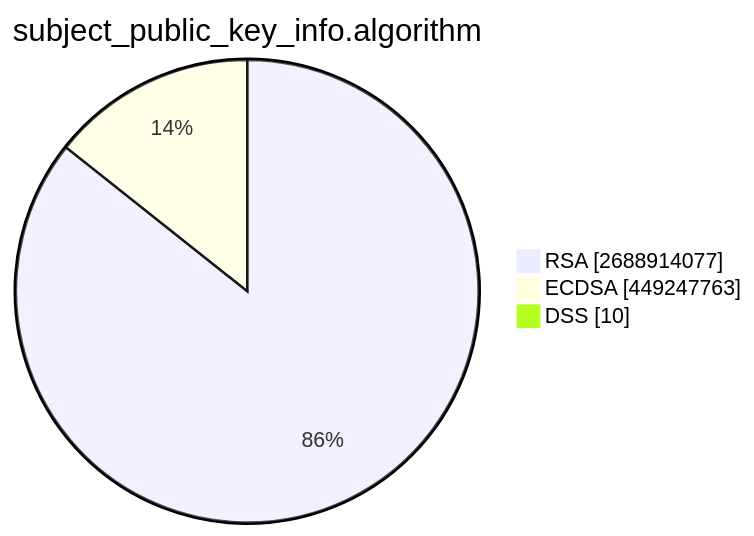
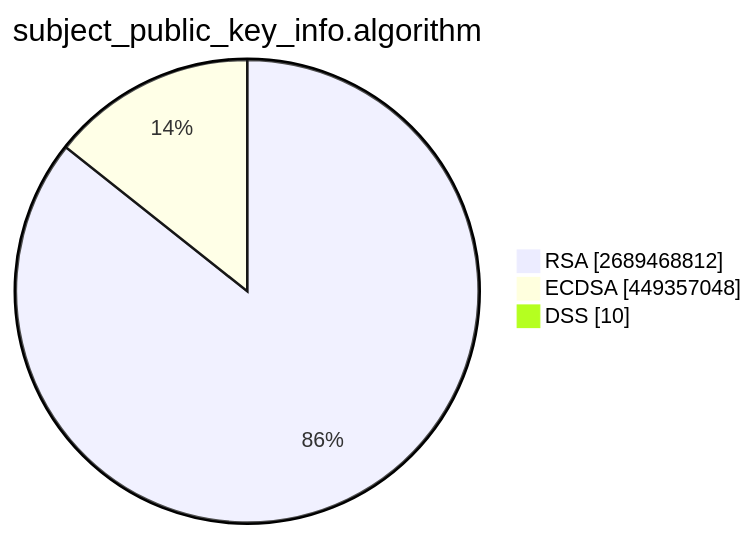
One commit to christiankrug/ctmonitor_visualization changed the second of 15 diagrams in TOTAL/README.md. Above: the diagram before and after it, drawn with Mermaid. The commit also changed other lines of this file, not shown here.

````diff
--- a/TOTAL/README.md
+++ b/TOTAL/README.md
@@ -6,7 +6,7 @@
 ```mermaid
 pie showData
 title subject_public_key_info.algorithm
-"RSA" :2688914077
-"ECDSA" :449247763
+"RSA" :2689468812
+"ECDSA" :449357048
 "DSS" :10
 ```
````
